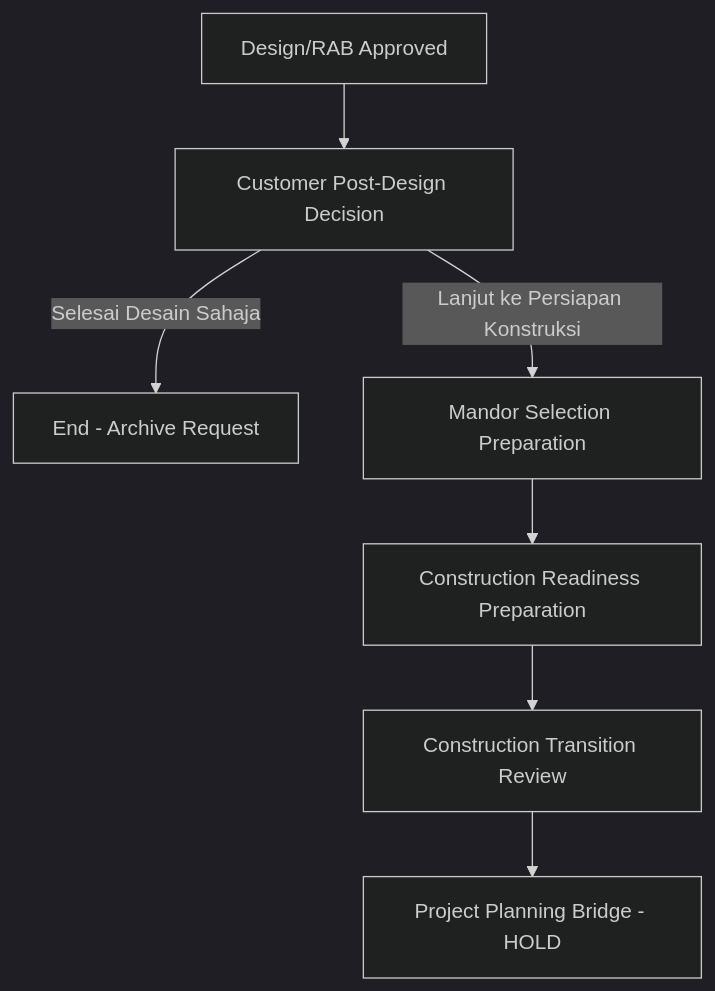
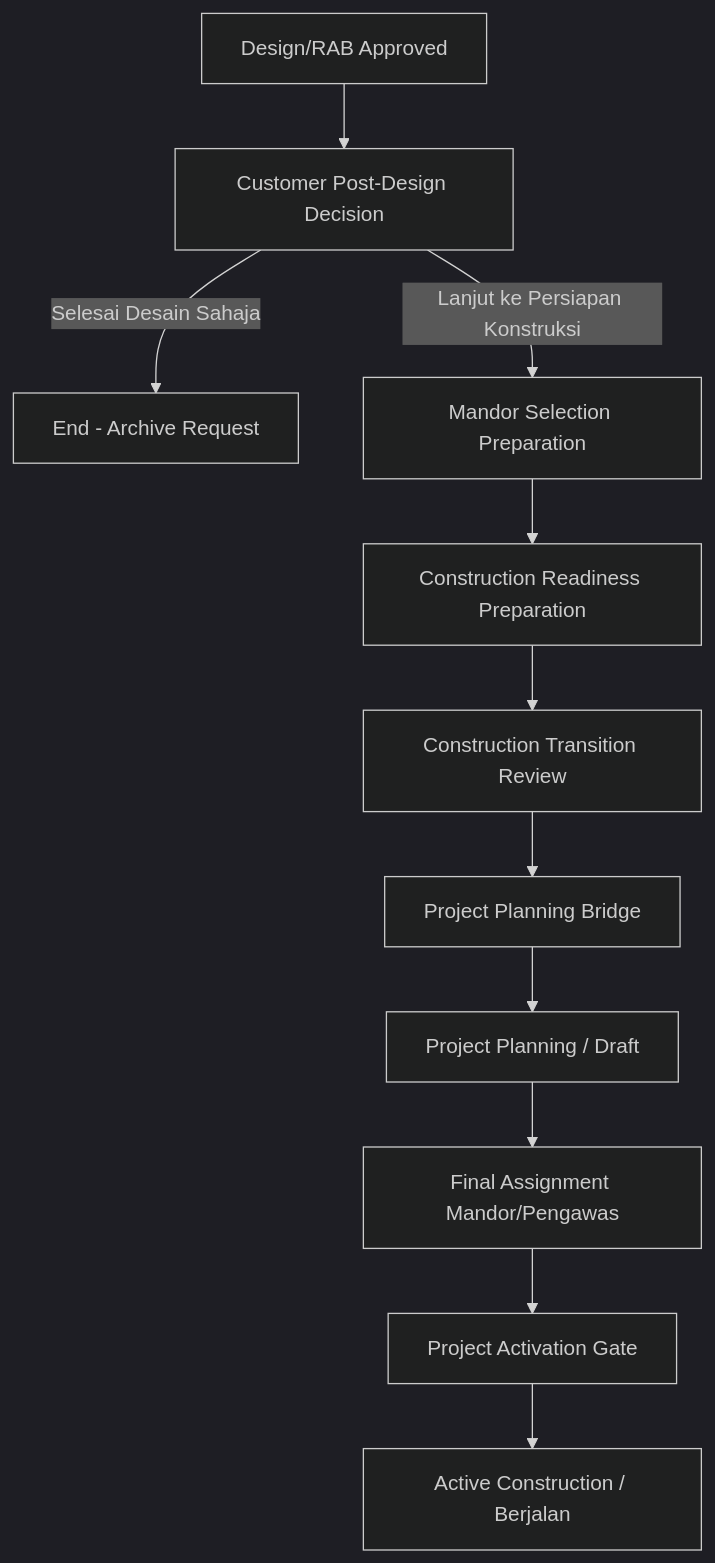
One commit to syahputrawork98-sketch/RKK-RumahKuKontruksi changed the diagram in docs/architecture/design-to-construction-flow.md. Above: the diagram before and after it, drawn with Mermaid (dark theme). The commit also changed other lines of this file and 9 other files, not shown here.

Commit message:
docs(project): sync batch 16-20 and m4 architecture

````diff
--- a/docs/architecture/design-to-construction-flow.md
+++ b/docs/architecture/design-to-construction-flow.md
@@ -7,9 +7,13 @@
 ```mermaid
 graph TD
     A[Design/RAB Approved] --> B[Customer Post-Design Decision]
     B -- "Selesai Desain Sahaja" --> C[End - Archive Request]
     B -- "Lanjut ke Persiapan Konstruksi" --> D[Mandor Selection Preparation]
     D --> E[Construction Readiness Preparation]
     E --> F[Construction Transition Review]
-    F --> G[Project Planning Bridge - HOLD]
+    F --> G[Project Planning Bridge]
+    G --> H[Project Planning / Draft]
+    H --> I[Final Assignment Mandor/Pengawas]
+    I --> J[Project Activation Gate]
+    J --> K[Active Construction / Berjalan]
 ```
````
